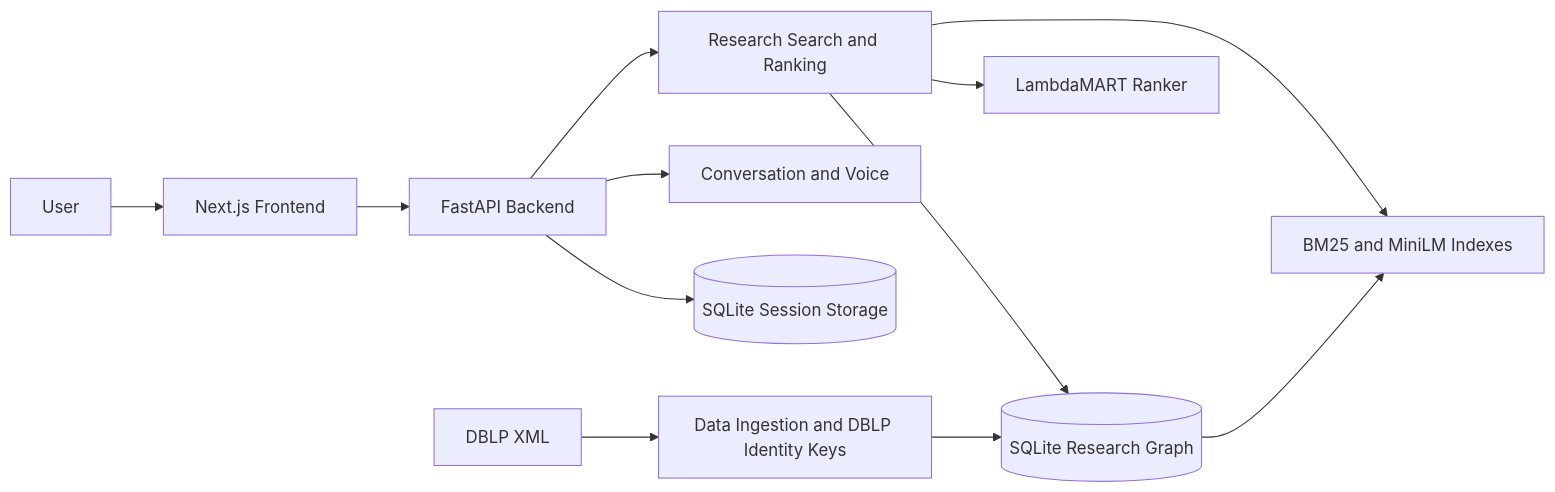
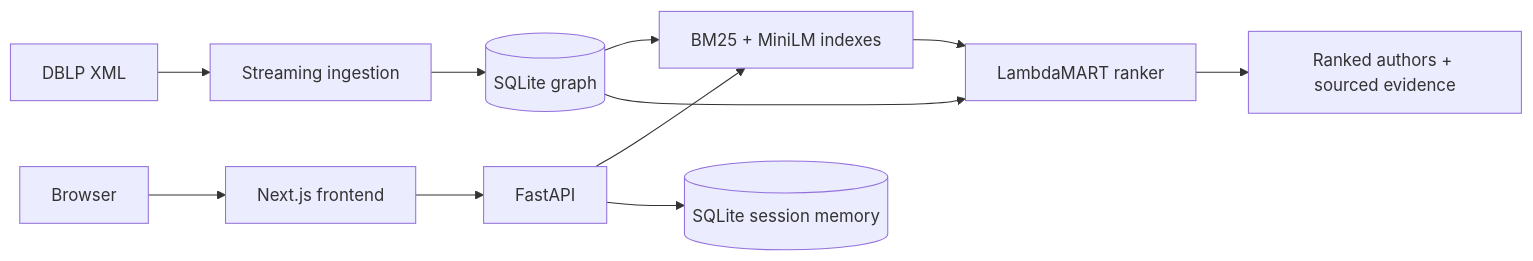
Before and after one commit to Rushhaabhhh/scholargraph: the diagram in README.md, drawn with Mermaid. The commit also changed other lines of this file and 35 other files, not shown here.

````diff
--- a/README.md
+++ b/README.md
@@ -31,14 +10,11 @@
 ```mermaid
 flowchart LR
-    User[User] --> Web[Next.js Frontend]
-    Web --> API[FastAPI Backend]
-    API --> Search[Research Search and Ranking]
-    API --> Conversation[Conversation and Voice]
-    Search --> Graph[(SQLite Research Graph)]
-    Search --> Index[BM25 and MiniLM Indexes]
-    Search --> Ranker[LambdaMART Ranker]
-    API --> Sessions[(SQLite Session Storage)]
-    DBLP[DBLP XML] --> Ingest[Data Ingestion and DBLP Identity Keys]
-    Ingest --> Graph
-    Graph --> Index
+    DBLP[DBLP XML] --> Ingest[Streaming ingestion]
+    Ingest --> Graph[(SQLite graph)]
+    Graph --> Index[BM25 + MiniLM indexes]
+    Browser[Browser] --> Web[Next.js frontend]
+    Web --> API[FastAPI]
+    API --> Index --> Ranker[LambdaMART ranker]
+    Graph --> Ranker --> Evidence[Ranked authors + sourced evidence]
+    API --> Memory[(SQLite session memory)]
 ```
````
